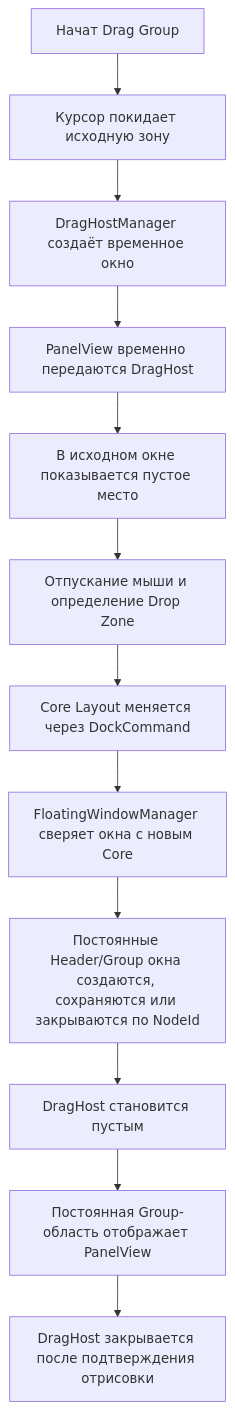
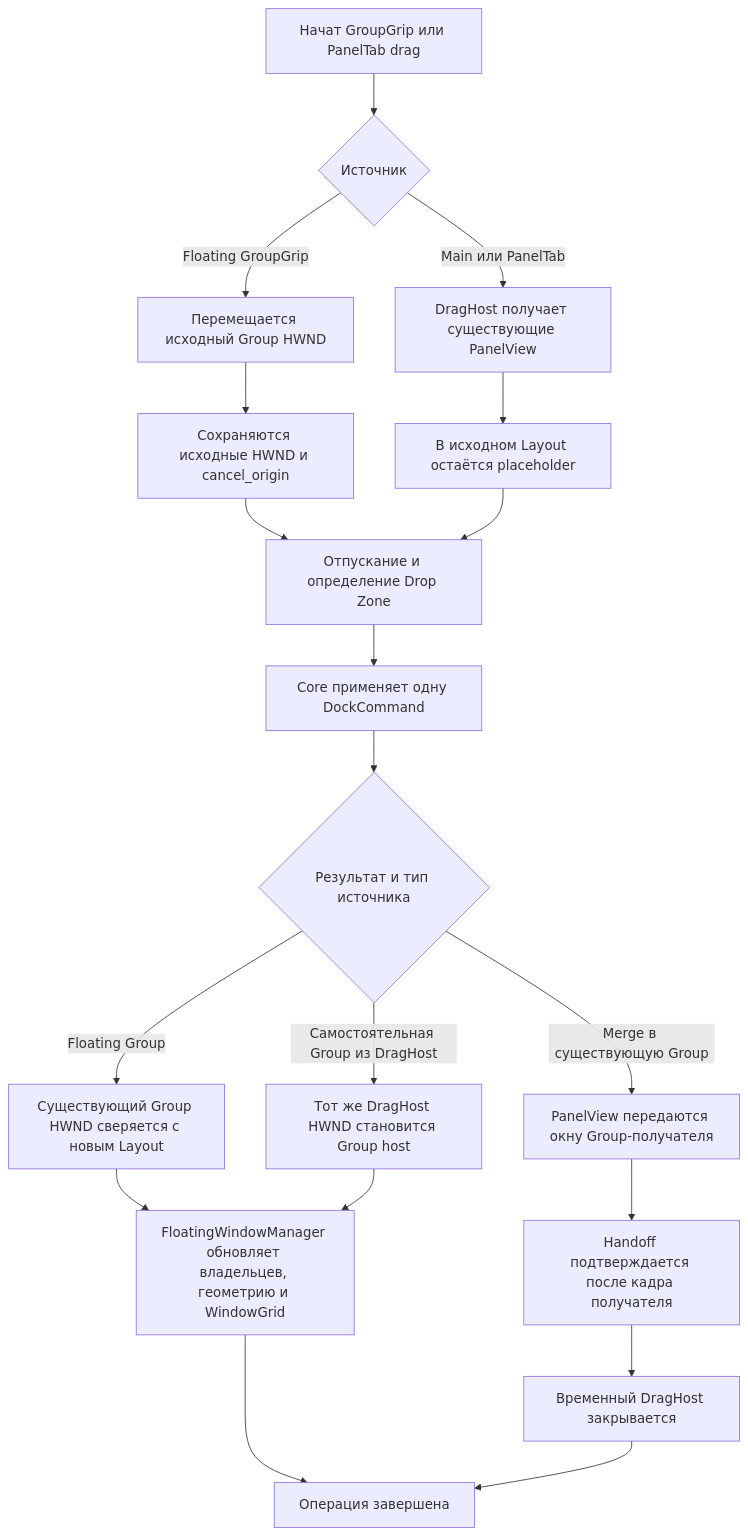
Before and after one commit to MasterKrafta/roadmap-docking: the second of 4 diagrams in docs/Черновик-архитектуры-Docking-объекты-сетка-и-Floating-окна.md, drawn with Mermaid. The commit also changed other lines of this file, not shown here.

Commit message:
docs: sync docking architecture with implemented drag stages

````diff
--- a/docs/Черновик-архитектуры-Docking-объекты-сетка-и-Floating-окна.md
+++ b/docs/Черновик-архитектуры-Docking-объекты-сетка-и-Floating-окна.md
@@ -124,14 +124,21 @@
 ```mermaid
 flowchart TD
-    A[Начат Drag Group] --> B[Курсор покидает исходную зону]
-    B --> C[DragHostManager создаёт временное окно]
-    C --> D[PanelView временно передаются DragHost]
-    D --> E[В исходном окне показывается пустое место]
-    E --> F[Отпускание мыши и определение Drop Zone]
-    F --> G[Core Layout меняется через DockCommand]
-    G --> H[FloatingWindowManager сверяет окна с новым Core]
-    H --> I[Постоянные Header/Group окна создаются, сохраняются или закрываются по NodeId]
-    I --> J[DragHost становится пустым]
-    J --> K[Постоянная Group-область отображает PanelView]
-    K --> L[DragHost закрывается после подтверждения отрисовки]
+    A[Начат GroupGrip или PanelTab drag] --> B{Источник}
+    B -->|Floating GroupGrip| C[Перемещается исходный Group HWND]
+    B -->|Main или PanelTab| D[DragHost получает существующие PanelView]
+    C --> E[Сохраняются исходные HWND и cancel_origin]
+    D --> F[В исходном Layout остаётся placeholder]
+    E --> G[Отпускание и определение Drop Zone]
+    F --> G
+    G --> H[Core применяет одну DockCommand]
+    H --> I{Результат и тип источника}
+    I -->|Floating Group| J[Существующий Group HWND сверяется с новым Layout]
+    I -->|Самостоятельная Group из DragHost| K[Тот же DragHost HWND становится Group host]
+    I -->|Merge в существующую Group| L[PanelView передаются окну Group-получателя]
+    J --> M[FloatingWindowManager обновляет владельцев, геометрию и WindowGrid]
+    K --> M
+    L --> N[Handoff подтверждается после кадра получателя]
+    N --> O[Временный DragHost закрывается]
+    M --> P[Операция завершена]
+    O --> P
 ```
````
